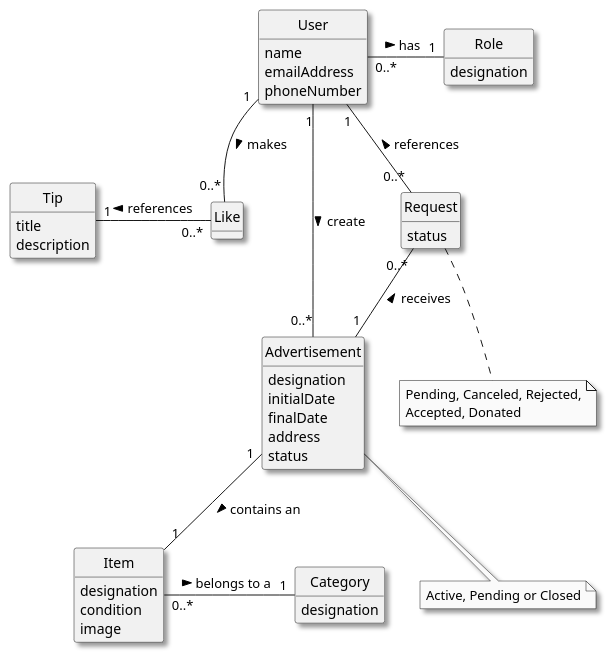
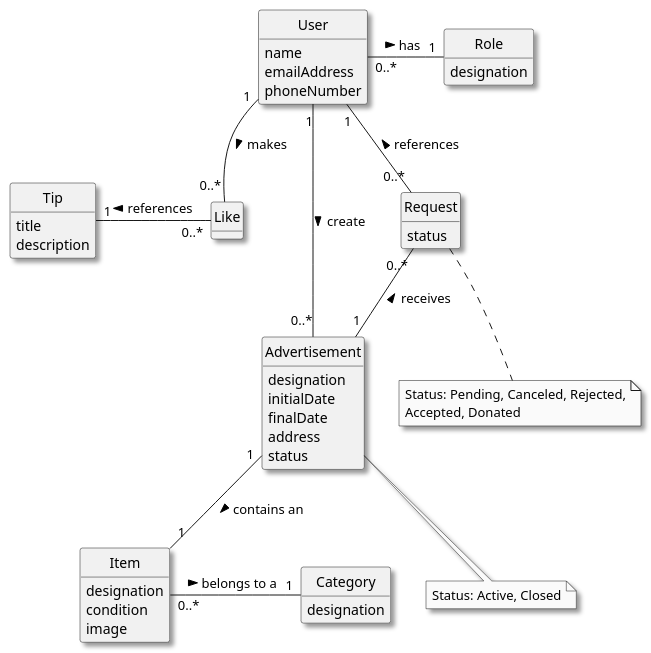
One commit to vivianeaalmeida/ComeAndGet changed the diagram in Docs/global-artifacts/02-analysis/DM.puml. Above: the diagram before and after it, drawn with PlantUML. The commit also changed 9 other files, not shown here.

```diff
--- a/Docs/global-artifacts/02-analysis/DM.puml
+++ b/Docs/global-artifacts/02-analysis/DM.puml
@@ -1,70 +1,70 @@
 @startuml
 skinparam monochrome true
 skinparam packageStyle rectangle
 skinparam shadowing true
 'skinparam linetype ortho
 skinparam classAttributeIconSize 0
 hide circle
 hide methods
 'left to right direction
 
 class User {
     name
     emailAddress
     phoneNumber
 }
 
 class Role {
     designation
 }
 
 class Item {
     designation
     condition
     image
 }
 
 class Category {
     designation
 }
 
 class Advertisement{
     designation
     initialDate
     finalDate
     address
     status
-    '(active, pending, closed)
+    '(active, closed)
 }
 
 class Request {
     status
     '(pending, canceled, rejected, accepted, donated)
 }
 
 class Tip {
     title
     description
 }
 
 class Like {
 }
 
 note bottom of Request
-Pending, Canceled, Rejected,
+Status: Pending, Canceled, Rejected,
 Accepted, Donated
 endnote
 
 note bottom of Advertisement
-Active, Pending or Closed
+Status: Active, Closed
 endnote
 
 Item "0..*" -left- "1" Category : belongs to a \t >
 Advertisement "1" -- "1" Item : contains an \t >
 User "1" -- "0..*" Advertisement : create >
 User "1" -- "0..*" Request : references <
 Request "0..*" -- "1" Advertisement : receives <
 User "1" -- "0..*" Like : makes >
 Like "0..*" -left- "1" Tip : references >
 "User" "0..*" - "1" Role : has \t >
 @enduml
```
